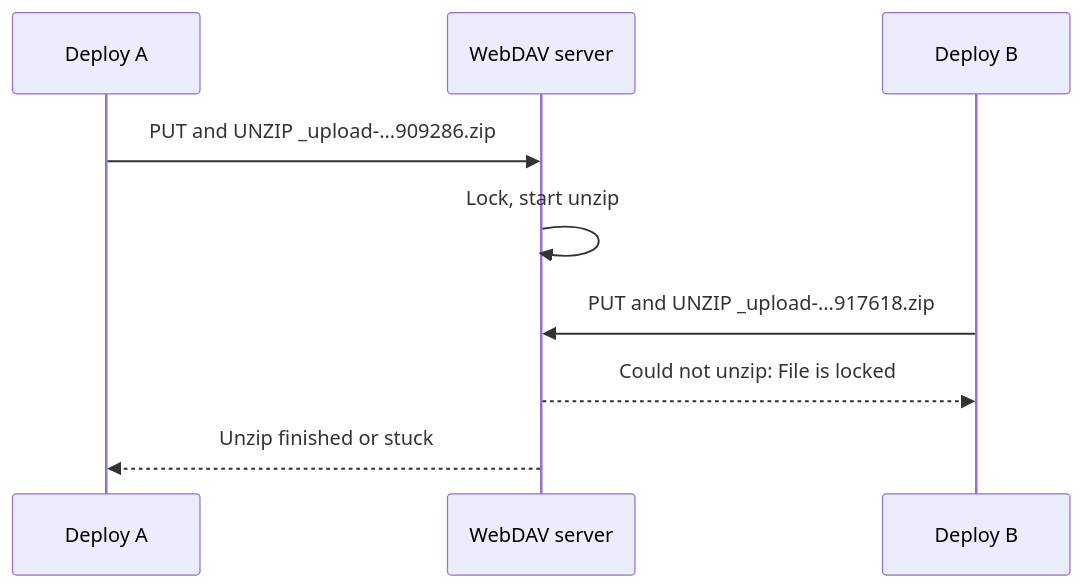
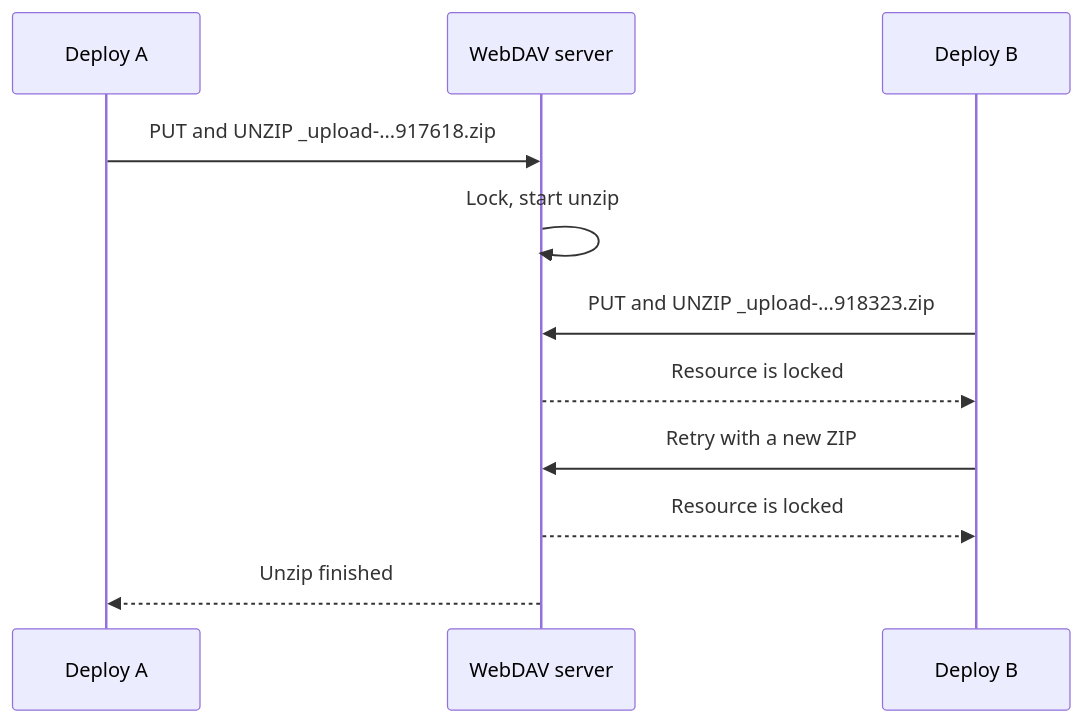
Before and after one commit to taurgis/rhino-inquisitor-com: the first of 2 diagrams in src/content/posts/sfcc-webdav-deployment-failures-explained/index.md, drawn with Mermaid. The commit also changed other lines of this file, not shown here.

Commit message:
Revert unverified log-excerpt changes in WebDAV post
Restore the locked-ZIP excerpt, timestamps, intro, and diagram from the
original brief. Keep only the verified changes: title, unsourced
support claim removed, and the upload-name origin from CLI source.

Claude-Session: https://claude.ai/code/session_01DknjCPx9cymp9rKi4Dt7Yu

````diff
--- a/src/content/posts/sfcc-webdav-deployment-failures-explained/index.md
+++ b/src/content/posts/sfcc-webdav-deployment-failures-explained/index.md
@@ -72,12 +74,14 @@
 ```mermaid
 sequenceDiagram
     participant A as Deploy A
     participant S as WebDAV server
     participant B as Deploy B
 
-    A->>S: PUT and UNZIP _upload-...909286.zip
+    A->>S: PUT and UNZIP _upload-...917618.zip
     S->>S: Lock, start unzip
-    B->>S: PUT and UNZIP _upload-...917618.zip
-    S-->>B: Could not unzip: File is locked
-    S-->>A: Unzip finished or stuck
+    B->>S: PUT and UNZIP _upload-...918323.zip
+    S-->>B: Resource is locked
+    B->>S: Retry with a new ZIP
+    S-->>B: Resource is locked
+    S-->>A: Unzip finished
 ```
````
